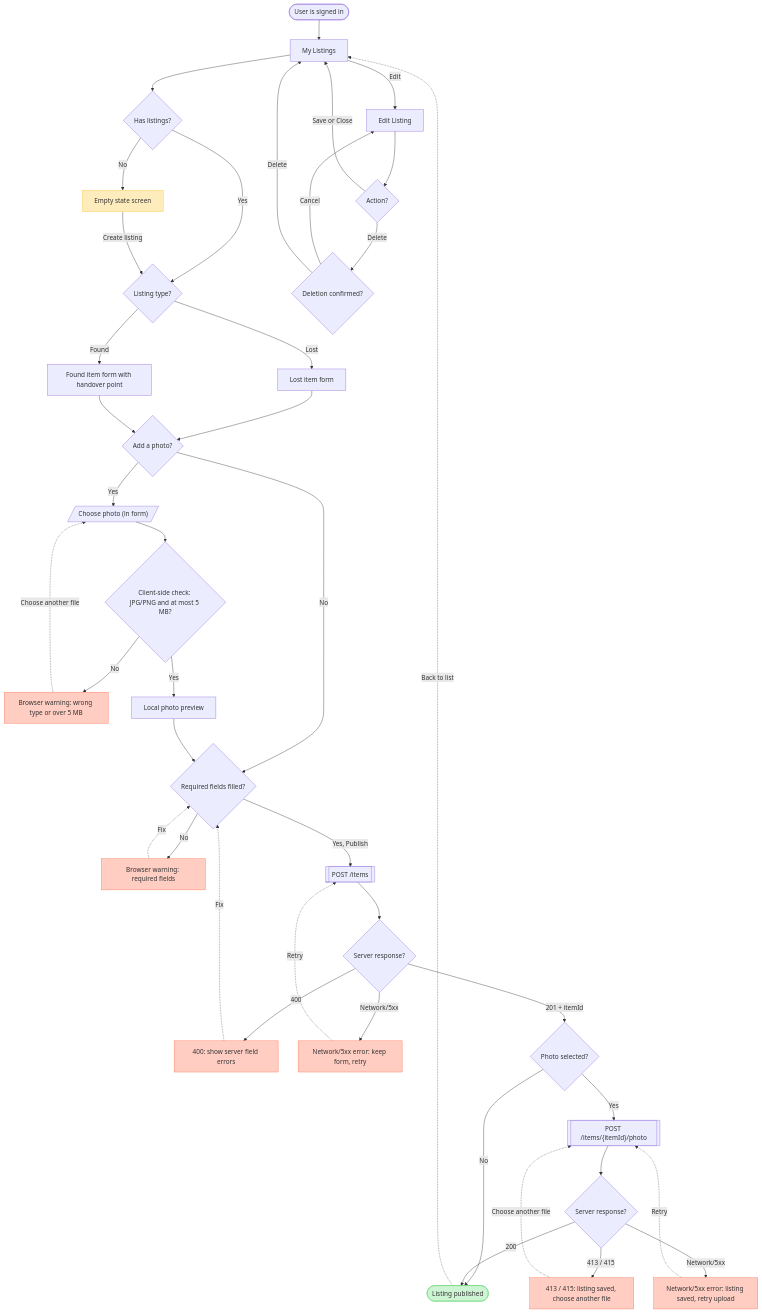
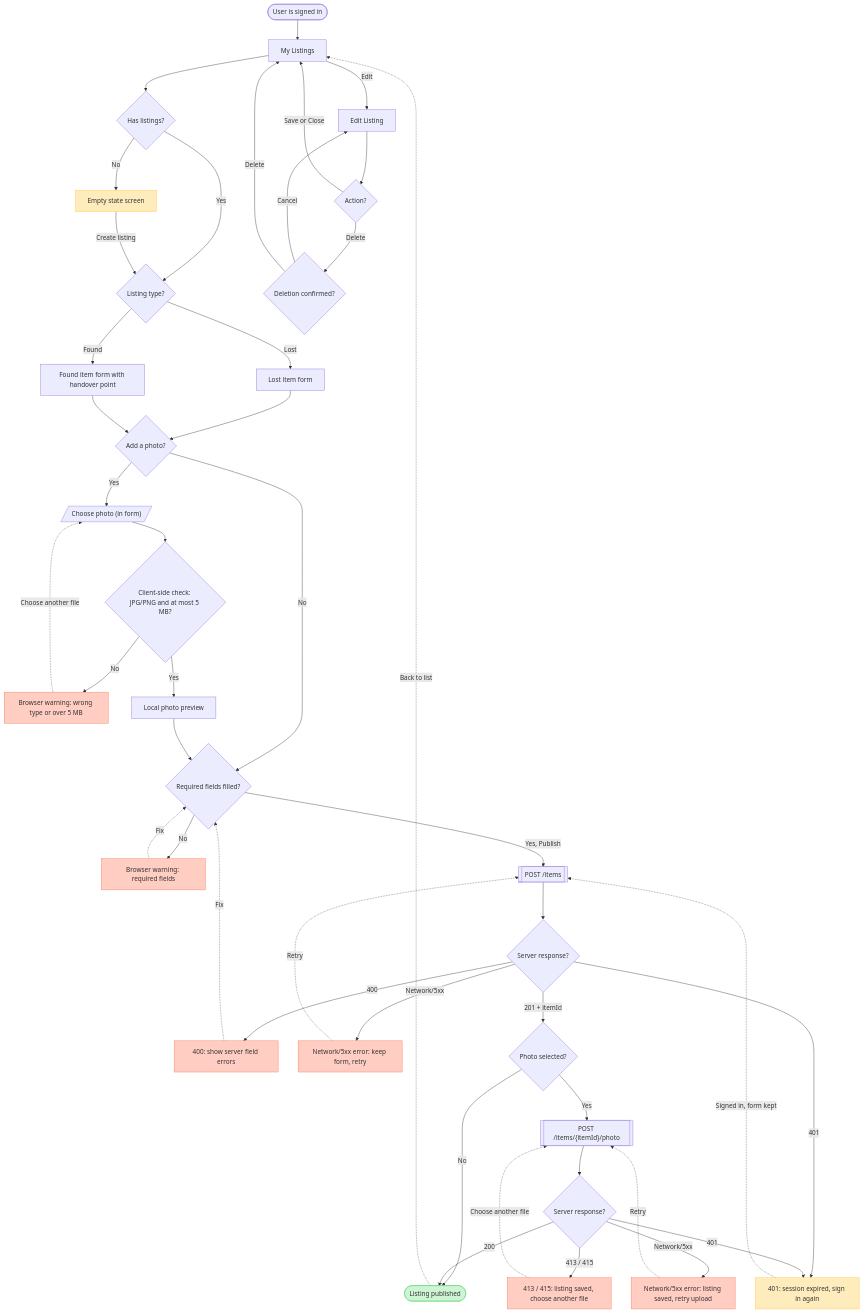
One commit to seng321-team24/campus-lost-and-found-portal changed the diagram in docs/ux/flows/m2.md. Above: the diagram before and after it, drawn with Mermaid. The commit also changed other lines of this file, not shown here.

Commit message:
docs(m2): add 401 sign-in path to user flow (#49)
Added handling for session expiration during photo upload process.

```diff
--- a/docs/ux/flows/m2.md
+++ b/docs/ux/flows/m2.md
@@ -29,6 +28,7 @@
     createOk{"Server response?"}
     serverFieldErr["400: show server field errors"]
     createRetry["Network/5xx error: keep form, retry"]
+    signIn["401: session expired, sign in again"]
     hasPhoto{"Photo selected?"}
     uploadApi[["POST /items/{itemId}/photo"]]
     uploadOk{"Server response?"}
@@ -63,6 +63,8 @@
     createOk -->|"400"| serverFieldErr
     serverFieldErr -.->|"Fix"| required
     createOk -->|"Network/5xx"| createRetry
+    createOk -->|"401"| signIn
+    signIn -.->|"Signed in, form kept"| create
     createRetry -.->|"Retry"| create
     hasPhoto -->|"No"| published
     hasPhoto -->|"Yes"| uploadApi
@@ -71,6 +73,7 @@
     uploadOk -->|"413 / 415"| upload4xx
     upload4xx -.->|"Choose another file"| uploadApi
     uploadOk -->|"Network/5xx"| uploadRetry
+    uploadOk -->|"401"| signIn
     uploadRetry -.->|"Retry"| uploadApi
     published -.->|"Back to list"| myItems
     myItems -->|"Edit"| editScreen
@@ -85,6 +88,7 @@
     style fieldErr fill:#FFCDC2,stroke:#FF7556
     style serverFieldErr fill:#FFCDC2,stroke:#FF7556
     style createRetry fill:#FFCDC2,stroke:#FF7556
+    style signIn fill:#FFECBD,stroke:#FFC943
     style upload4xx fill:#FFCDC2,stroke:#FF7556
     style uploadRetry fill:#FFCDC2,stroke:#FF7556
     style emptyState fill:#FFECBD,stroke:#FFC943
```
